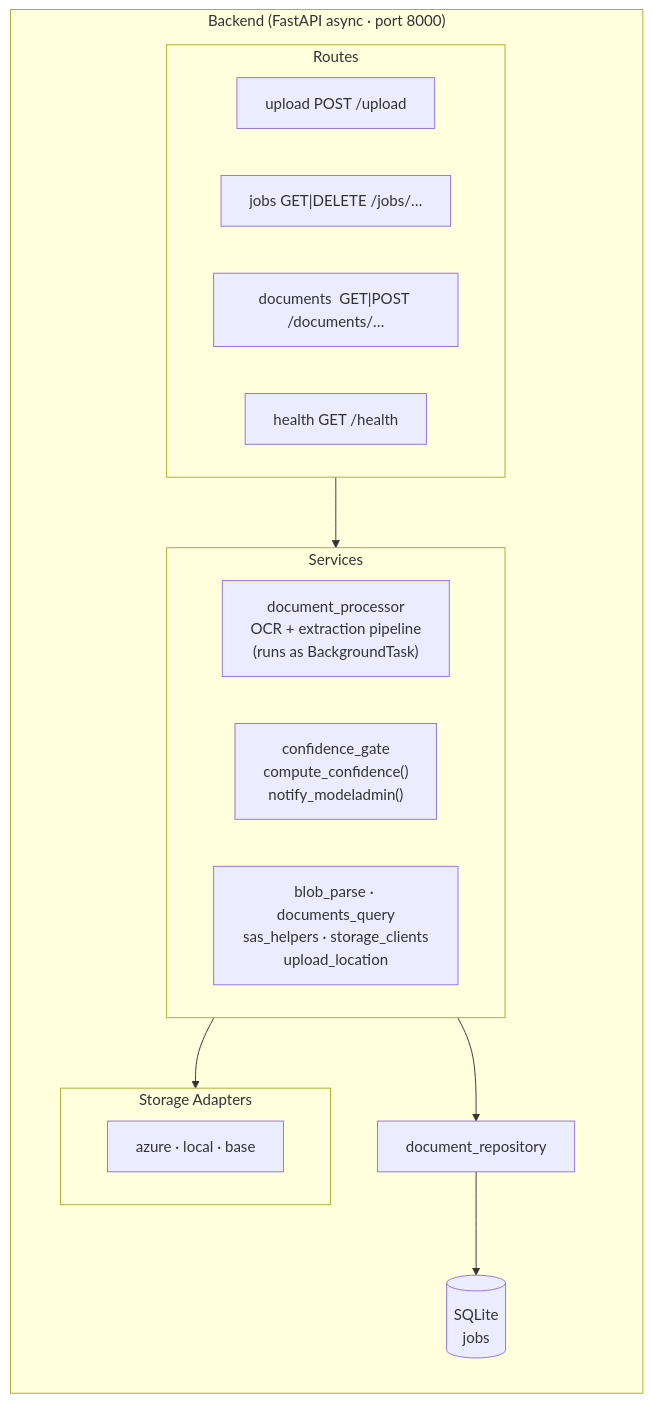
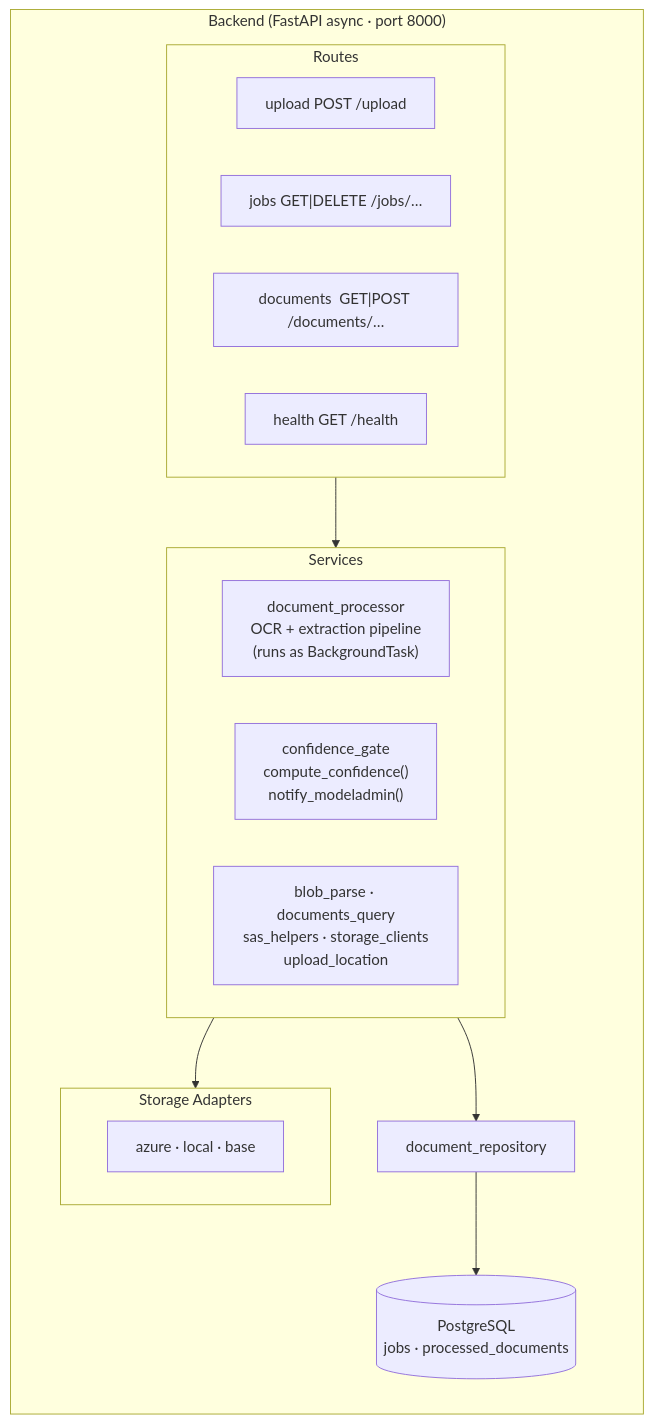
The fourth of 8 diagrams in docs/ARCHITECTURE.md (southworks/mlops-document-intelligence), drawn with Mermaid before and after one commit. The commit also changed other lines of this file and 22 other files, not shown here.

````diff
--- a/docs/ARCHITECTURE.md
+++ b/docs/ARCHITECTURE.md
@@ -152,31 +151,31 @@
 ```mermaid
 graph LR
     subgraph backend["Backend  (FastAPI async · port 8000)"]
         direction TB
 
         subgraph b_routes["Routes"]
             BR1["upload  POST /upload"]
             BR2["jobs    GET|DELETE /jobs/…"]
             BR3["documents  GET|POST /documents/…"]
             BR4["health  GET /health"]
         end
 
         subgraph b_services["Services"]
             BS1["document_processor\n  OCR + extraction pipeline\n  (runs as BackgroundTask)"]
             BS2["confidence_gate\n  compute_confidence()\n  notify_modeladmin()"]
             BS3["blob_parse · documents_query\nsas_helpers · storage_clients\nupload_location"]
         end
 
         subgraph b_storage["Storage Adapters"]
             BSA["azure · local · base"]
         end
 
         REPO["document_repository"]
-        DB_B[("SQLite\njobs")]
+        DB_B[("PostgreSQL\njobs · processed_documents")]
 
         b_routes --> b_services
         b_services --> REPO
         b_services --> b_storage
         REPO --> DB_B
     end
 ```
````
